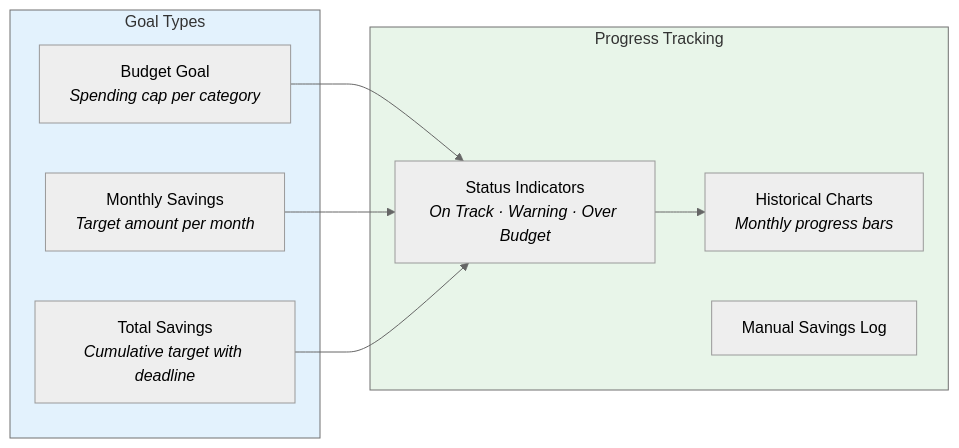
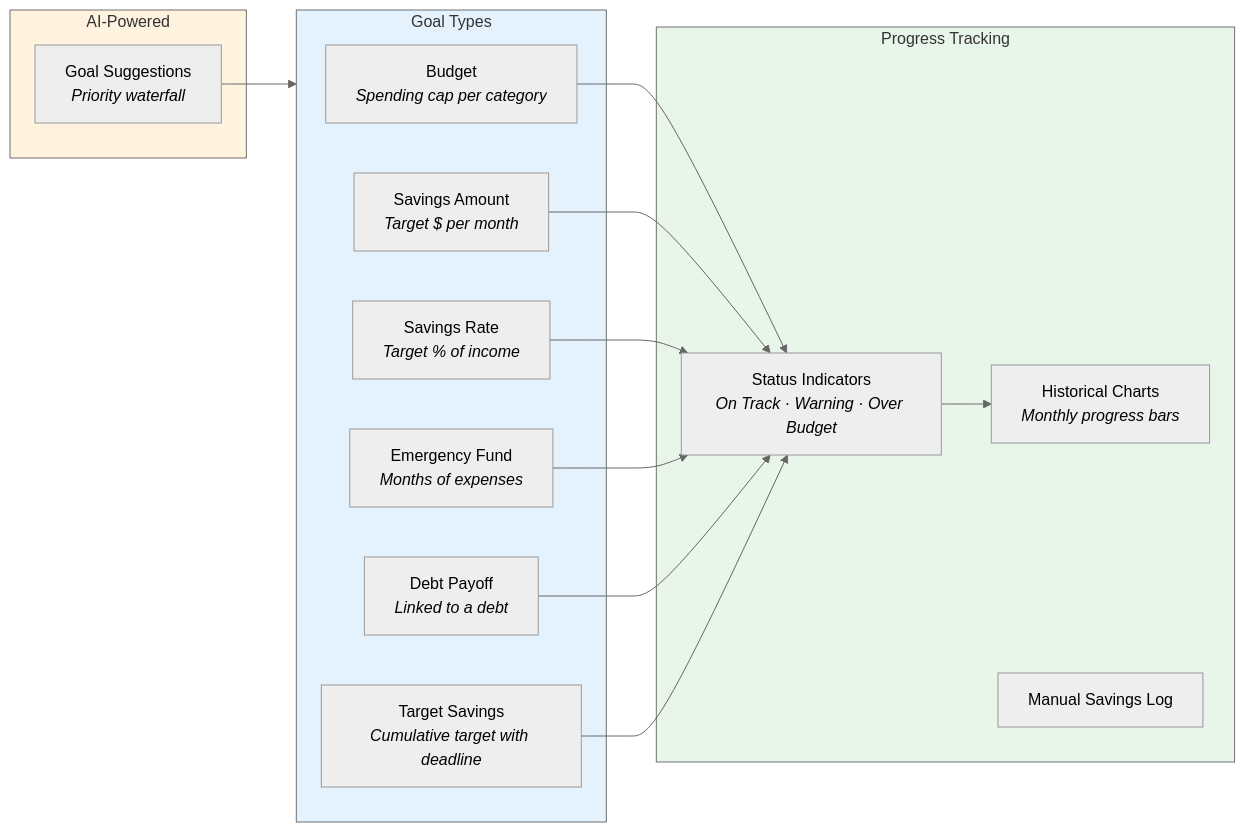
Before and after one commit to mjmitchell86/Spendoza: the fifth of 12 diagrams in README.md, drawn with Mermaid (neutral theme). The commit also changed other lines of this file, not shown here.

First line of the commit message:
docs: update README with accurate architecture, endpoints, and features

````diff
--- a/README.md
+++ b/README.md
@@ -185,22 +191,34 @@
 ```mermaid
 flowchart LR
     subgraph Types["Goal Types"]
-        Budget[Budget Goal<br/><i>Spending cap per category</i>]
-        Monthly[Monthly Savings<br/><i>Target amount per month</i>]
-        Total[Total Savings<br/><i>Cumulative target with deadline</i>]
+        Budget[Budget<br/><i>Spending cap per category</i>]
+        SavingsAmt[Savings Amount<br/><i>Target $ per month</i>]
+        SavingsRate[Savings Rate<br/><i>Target % of income</i>]
+        Emergency[Emergency Fund<br/><i>Months of expenses</i>]
+        DebtPayoff[Debt Payoff<br/><i>Linked to a debt</i>]
+        TargetSavings[Target Savings<br/><i>Cumulative target with deadline</i>]
+    end
+
+    subgraph AI["AI-Powered"]
+        Suggest[Goal Suggestions<br/><i>Priority waterfall</i>]
     end
 
     subgraph Tracking["Progress Tracking"]
         Status[Status Indicators<br/><i>On Track · Warning · Over Budget</i>]
         History[Historical Charts<br/><i>Monthly progress bars</i>]
         Log[Manual Savings Log]
     end
 
     Budget --> Status
-    Monthly --> Status
-    Total --> Status
+    SavingsAmt --> Status
+    SavingsRate --> Status
+    Emergency --> Status
+    DebtPayoff --> Status
+    TargetSavings --> Status
+    Suggest --> Types
     Status --> History
 
     style Types fill:#e3f2fd
+    style AI fill:#fff3e0
     style Tracking fill:#e8f5e9
 ```
````
